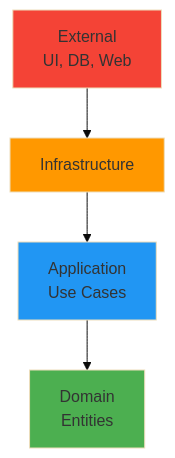
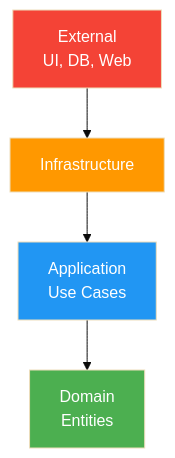
Before and after one commit to joseluisgs/DesarrolloWebEntornosServidor-01-2026-2027: diagram 16 of 17 in csharp_inicial/05-PatronesArquitecturas.md, drawn with Mermaid (base theme). The commit also changed other lines of this file and 66 other files, not shown here.

First line of the commit message:
fix: normalizar titulos al castellano de frase y corregir la paleta de mermaid

````diff
--- a/csharp_inicial/05-PatronesArquitecturas.md
+++ b/csharp_inicial/05-PatronesArquitecturas.md
@@ -793,11 +793,11 @@
 ```mermaid
 graph TD
     A["External<br/>UI, DB, Web"] --> B["Infrastructure"]
     B --> C["Application<br/>Use Cases"]
     C --> D["Domain<br/>Entities"]
     
-    style D fill:#4CAF50
-    style C fill:#2196F3
-    style B fill:#FF9800
-    style A fill:#F44336
+    style D fill:#4CAF50,color:#fff
+    style C fill:#2196F3,color:#fff
+    style B fill:#FF9800,color:#fff
+    style A fill:#F44336,color:#fff
 ```
````
